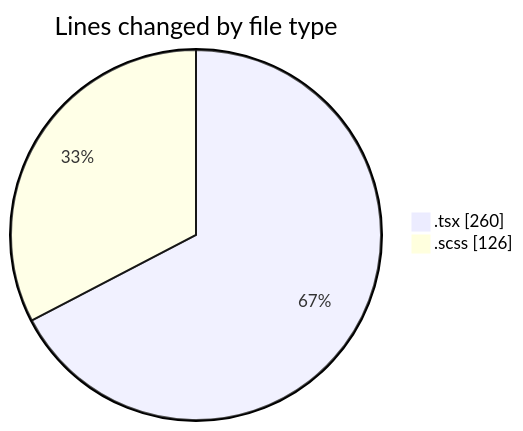
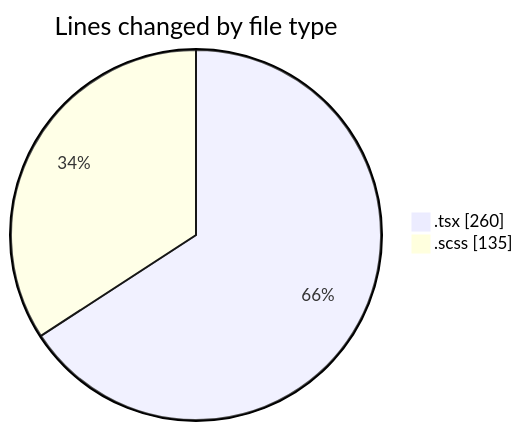
One commit to momahboobian/code-tracking changed the first of 2 diagrams in 2026-04-10/cda/README.md. Above: the diagram before and after it, drawn with Mermaid. The commit also changed other lines of this file and 1 other file, not shown here.

````diff
--- a/2026-04-10/cda/README.md
+++ b/2026-04-10/cda/README.md
@@ -22,6 +22,6 @@
 ```mermaid
 pie showData
 title Lines changed by file type
 ".tsx" : 260
-".scss" : 126
+".scss" : 135
 ```
````
